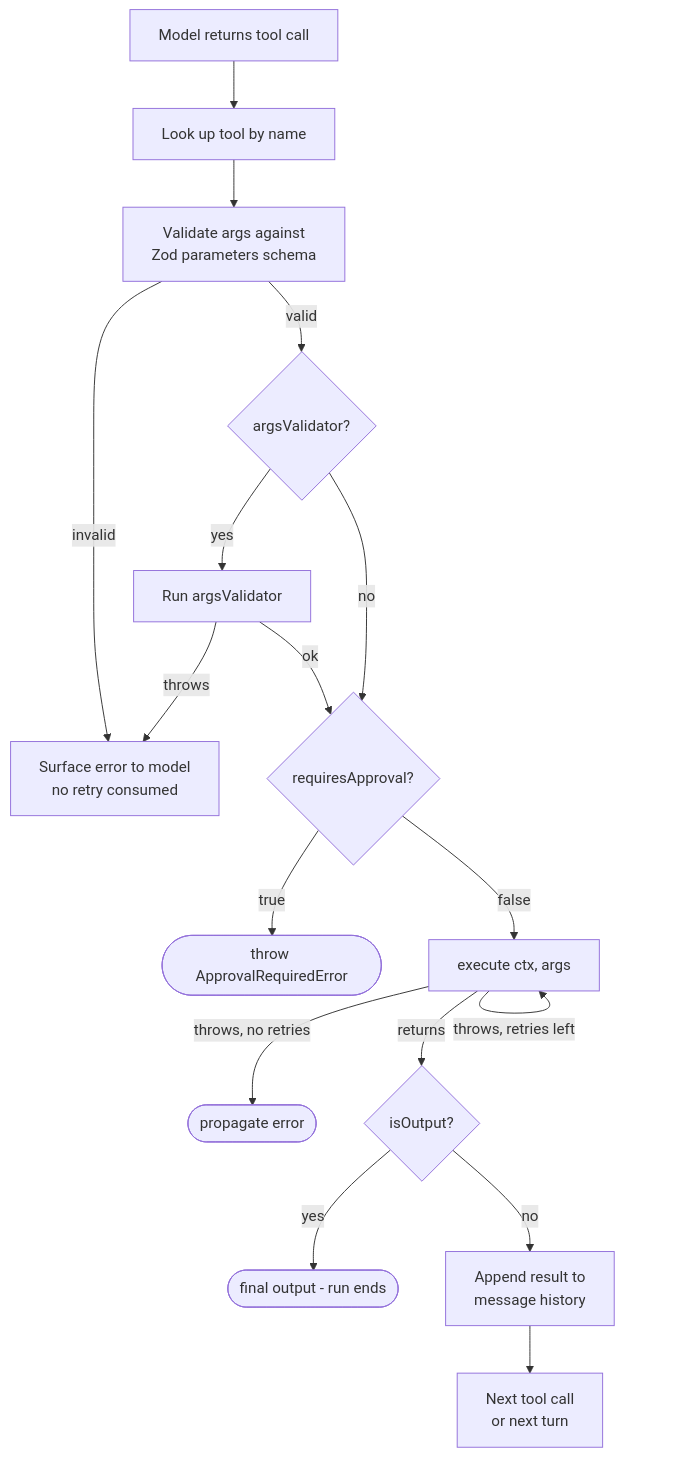
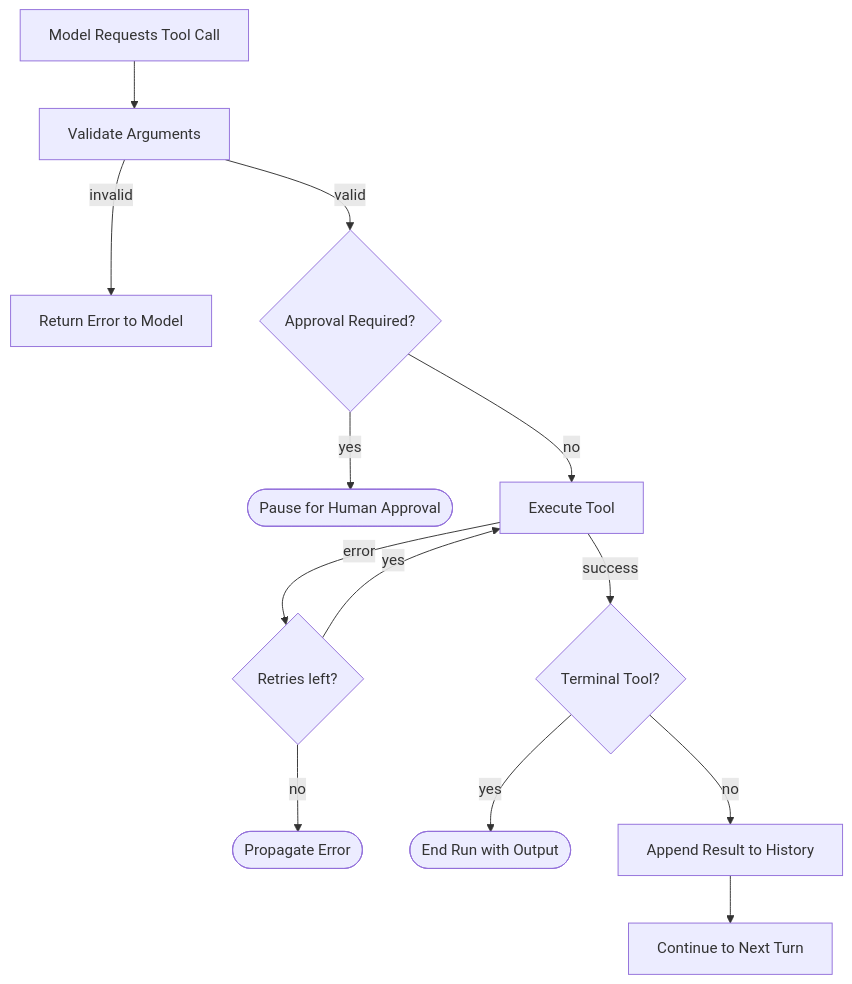
The diagram in packages/framework/docs/concepts/tools.mdx (a7ul/vibes), drawn with Mermaid before and after one commit. The commit also changed 26 other files, not shown here.

````diff
--- a/packages/framework/docs/concepts/tools.mdx
+++ b/packages/framework/docs/concepts/tools.mdx
@@ -12,19 +12,15 @@
 ```mermaid
 flowchart TD
-    M[Model returns tool call] --> L[Look up tool by name]
-    L --> Z[Validate args against\nZod parameters schema]
-    Z -- invalid --> ER[Surface error to model\nno retry consumed]
-    Z -- valid --> AV{argsValidator?}
-    AV -- yes --> AVR[Run argsValidator]
-    AVR -- throws --> ER
-    AVR -- ok --> AP{requiresApproval?}
-    AV -- no --> AP
-    AP -- true --> DEF([throw ApprovalRequiredError])
-    AP -- false --> EX[execute ctx, args]
-    EX -- throws, retries left --> EX
-    EX -- throws, no retries --> ERR([propagate error])
-    EX -- returns --> RES{isOutput?}
-    RES -- yes --> OUT([final output - run ends])
-    RES -- no --> HIST[Append result to\nmessage history]
-    HIST --> NEXT[Next tool call\nor next turn]
+    A[Model Requests Tool Call] --> B[Validate Arguments]
+    B -- invalid --> C[Return Error to Model]
+    B -- valid --> D{Approval Required?}
+    D -- yes --> E([Pause for Human Approval])
+    D -- no --> F[Execute Tool]
+    F -- error --> G{Retries left?}
+    G -- yes --> F
+    G -- no --> H([Propagate Error])
+    F -- success --> I{Terminal Tool?}
+    I -- yes --> J([End Run with Output])
+    I -- no --> K[Append Result to History]
+    K --> L[Continue to Next Turn]
 ```
````
